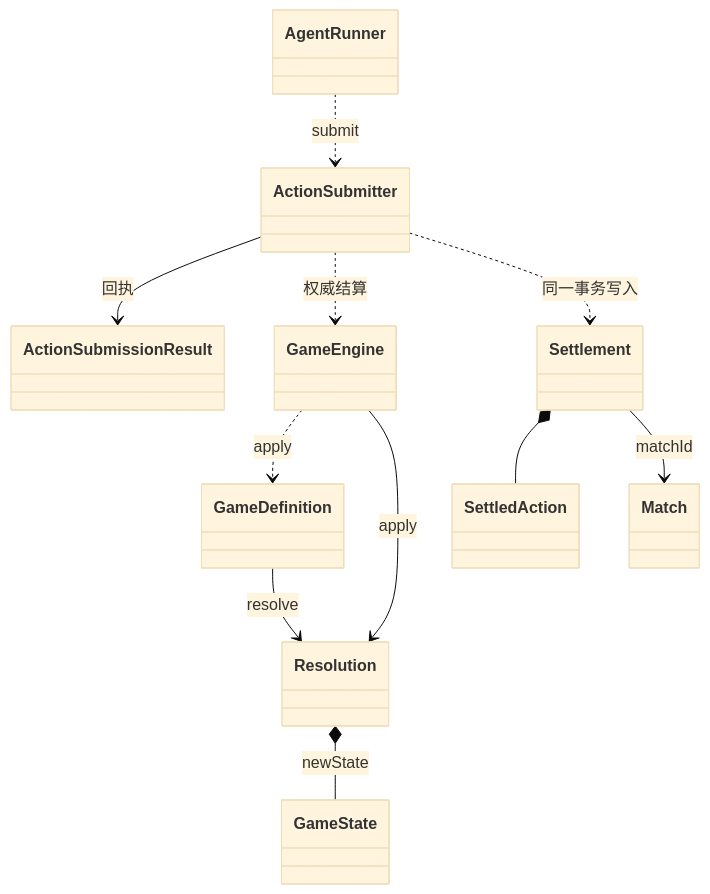
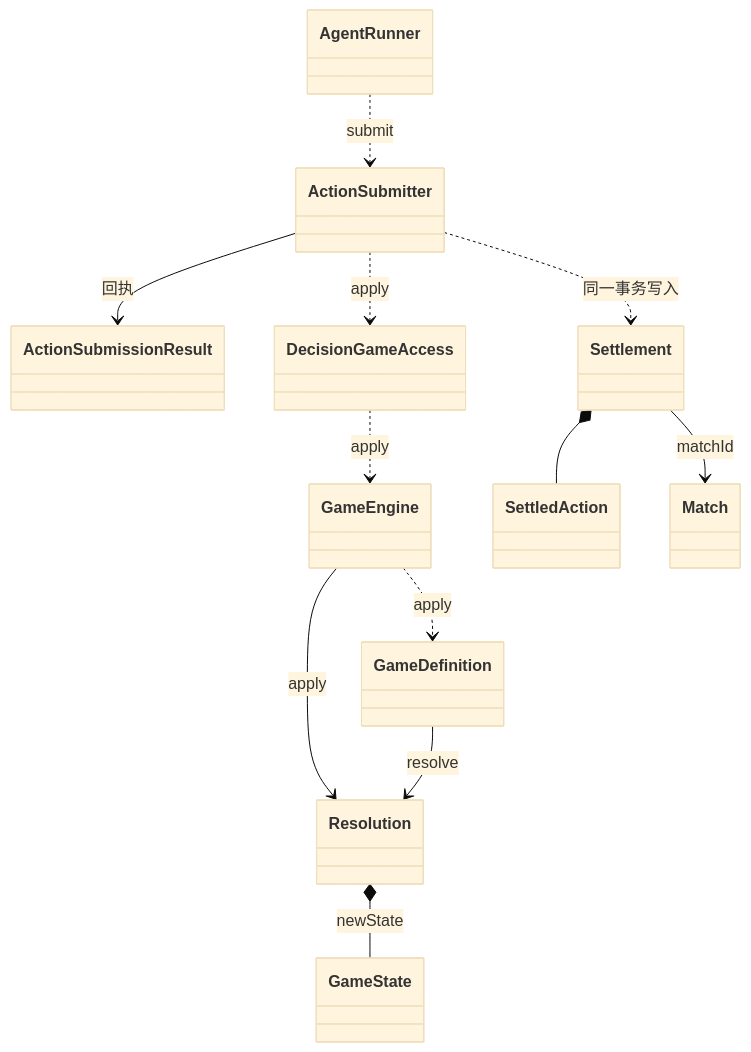
The sixth of 11 diagrams in backend/DESIGN.md (boji-today/frayground), drawn with Mermaid (base theme) before and after one commit. The commit also changed other lines of this file, not shown here.

First line of the commit message:
docs(backend): align class and state diagrams with the domain code

````diff
--- a/backend/DESIGN.md
+++ b/backend/DESIGN.md
@@ -265,25 +285,27 @@
 ```mermaid
 classDiagram
   direction TB
   class AgentRunner
   class ActionSubmitter
   class ActionSubmissionResult
+  class DecisionGameAccess
   class GameEngine
   class GameDefinition
   class Resolution
   class GameState
   class Settlement
   class SettledAction
   class Match
 
   AgentRunner ..> ActionSubmitter : submit
   ActionSubmitter --> ActionSubmissionResult : 回执
-  ActionSubmitter ..> GameEngine : 权威结算
+  ActionSubmitter ..> DecisionGameAccess : apply
+  DecisionGameAccess ..> GameEngine : apply
   GameEngine ..> GameDefinition : apply
   GameEngine --> Resolution : apply
   GameDefinition --> Resolution : resolve
   Resolution *-- GameState : newState
   ActionSubmitter ..> Settlement : 同一事务写入
   Settlement *-- SettledAction
   Settlement --> Match : matchId
 ```
````
